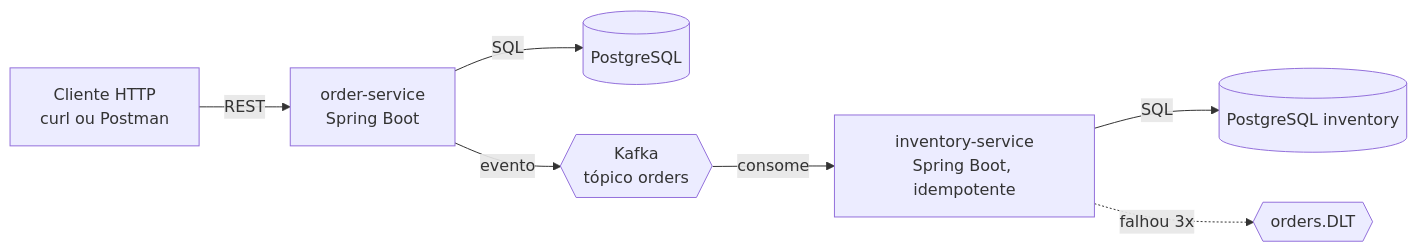
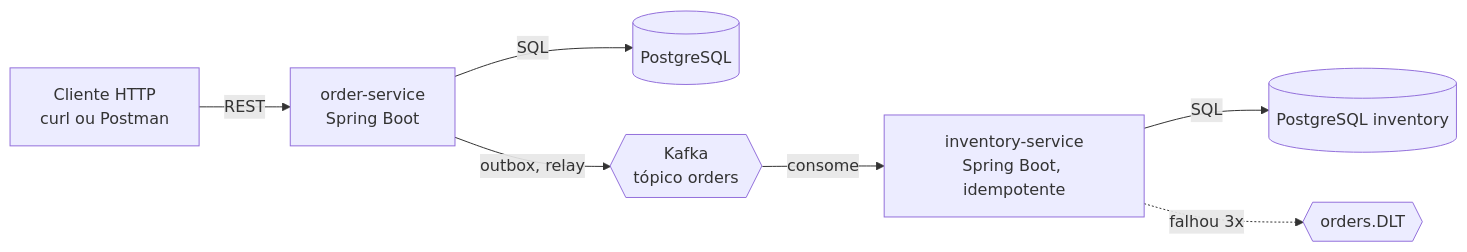
Before and after one commit to GiovaniCancherini/sales-events-java: the first of 6 diagrams in docs/architecture.md, drawn with Mermaid. The commit also changed other lines of this file and 5 other files, not shown here.

````diff
--- a/docs/architecture.md
+++ b/docs/architecture.md
@@ -9,9 +9,9 @@
 ```mermaid
 flowchart LR
     U[Cliente HTTP<br/>curl ou Postman] -->|REST| OS[order-service<br/>Spring Boot]
     OS -->|SQL| PG[(PostgreSQL)]
-    OS -->|evento| K{{Kafka<br/>tópico orders}}
+    OS -->|outbox, relay| K{{Kafka<br/>tópico orders}}
     K -->|consome| IS[inventory-service<br/>Spring Boot, idempotente]
     IS -->|SQL| PG2[(PostgreSQL inventory)]
     IS -.->|falhou 3x| DLT{{orders.DLT}}
 ```
````
